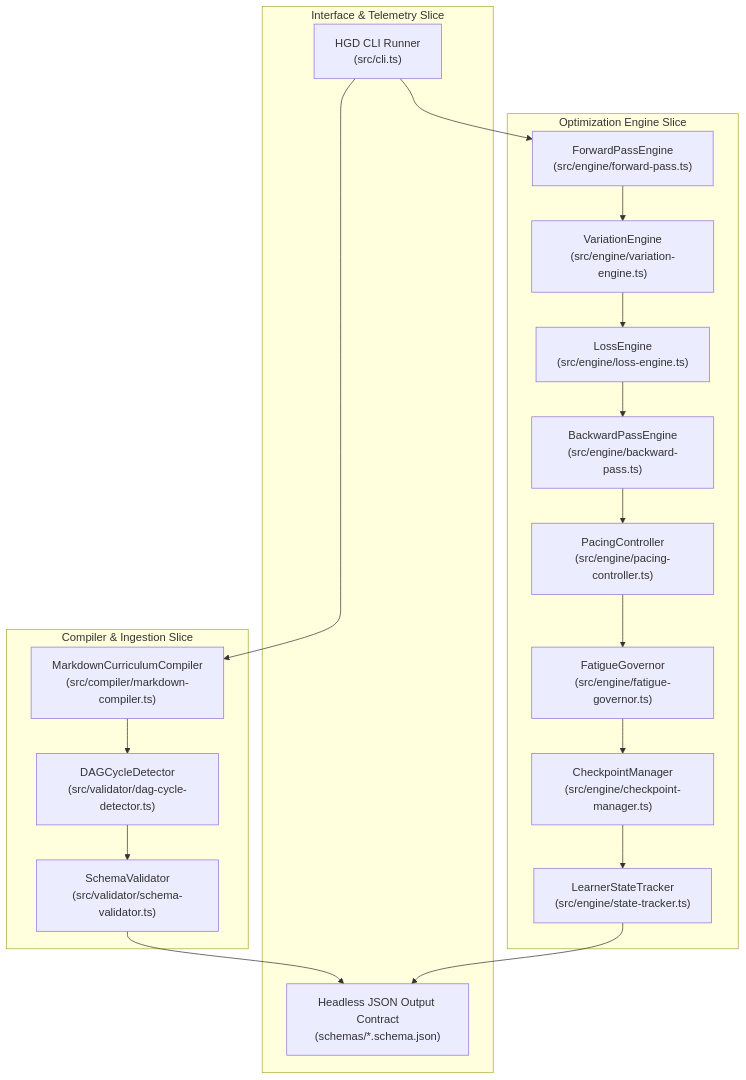
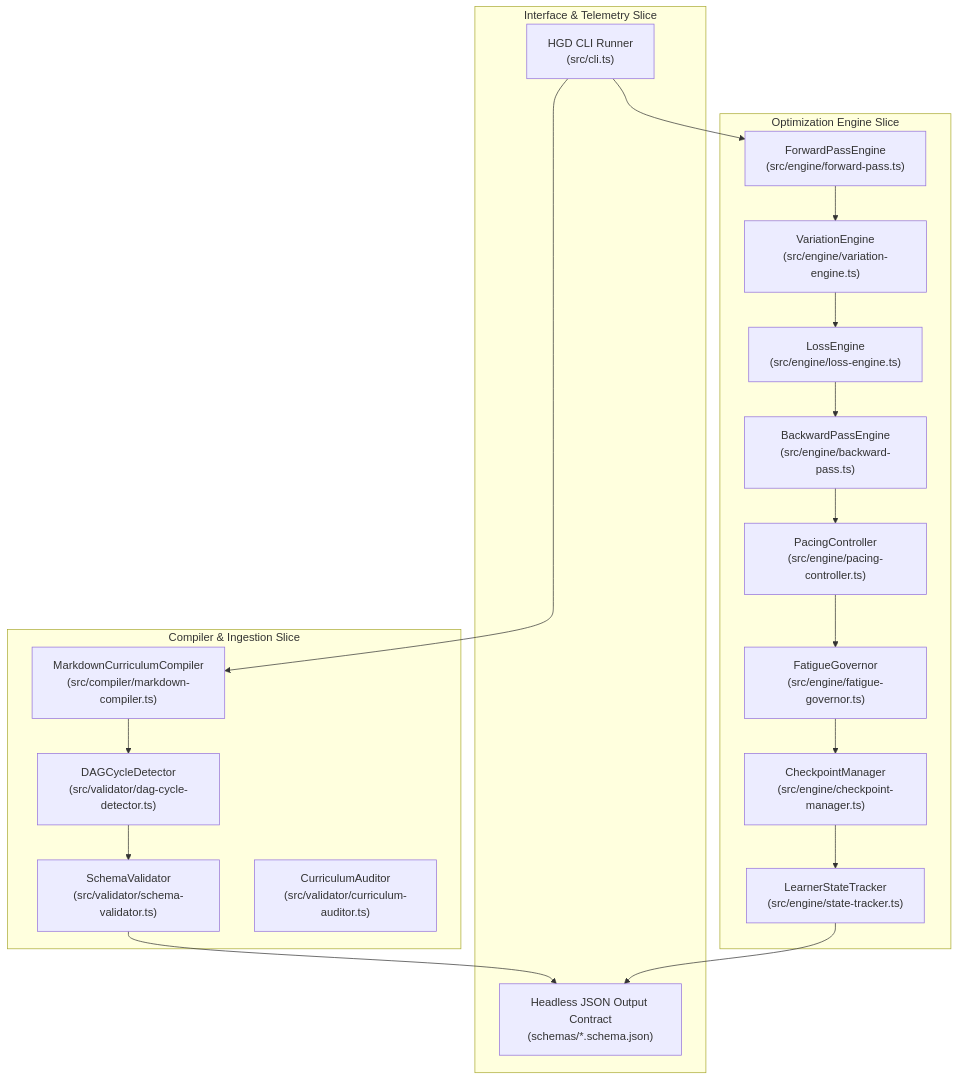
Before and after one commit to ihkaru/human-gradient-descent: the diagram in docs/architecture/05_building_block_view.md, drawn with Mermaid. The commit also changed other lines of this file and 19 other files, not shown here.

Commit message:
feat(auditor): implement 3-tier curriculum evaluator and causal closure linter (Phases 031-033)

````diff
--- a/docs/architecture/05_building_block_view.md
+++ b/docs/architecture/05_building_block_view.md
@@ -15,38 +15,39 @@
 ```mermaid
 flowchart TD
     subgraph CompilerSlice["Compiler & Ingestion Slice"]
         MC["MarkdownCurriculumCompiler\n(src/compiler/markdown-compiler.ts)"]
         DCD["DAGCycleDetector\n(src/validator/dag-cycle-detector.ts)"]
         SV["SchemaValidator\n(src/validator/schema-validator.ts)"]
+        CA["CurriculumAuditor\n(src/validator/curriculum-auditor.ts)"]
     end
 
     subgraph OptimizationSlice["Optimization Engine Slice"]
         FP["ForwardPassEngine\n(src/engine/forward-pass.ts)"]
         VE["VariationEngine\n(src/engine/variation-engine.ts)"]
         LE["LossEngine\n(src/engine/loss-engine.ts)"]
         BP["BackwardPassEngine\n(src/engine/backward-pass.ts)"]
         PC["PacingController\n(src/engine/pacing-controller.ts)"]
         FG["FatigueGovernor\n(src/engine/fatigue-governor.ts)"]
         CM["CheckpointManager\n(src/engine/checkpoint-manager.ts)"]
         ST["LearnerStateTracker\n(src/engine/state-tracker.ts)"]
     end
 
     subgraph InterfaceSlice["Interface & Telemetry Slice"]
         CLI["HGD CLI Runner\n(src/cli.ts)"]
         UIContract["Headless JSON Output Contract\n(schemas/*.schema.json)"]
     end
 
     MC --> DCD
     DCD --> SV
     SV --> UIContract
     CLI --> MC
     CLI --> FP
     FP --> VE
     VE --> LE
     LE --> BP
     BP --> PC
     PC --> FG
     FG --> CM
     CM --> ST
     ST --> UIContract
 ```
````
